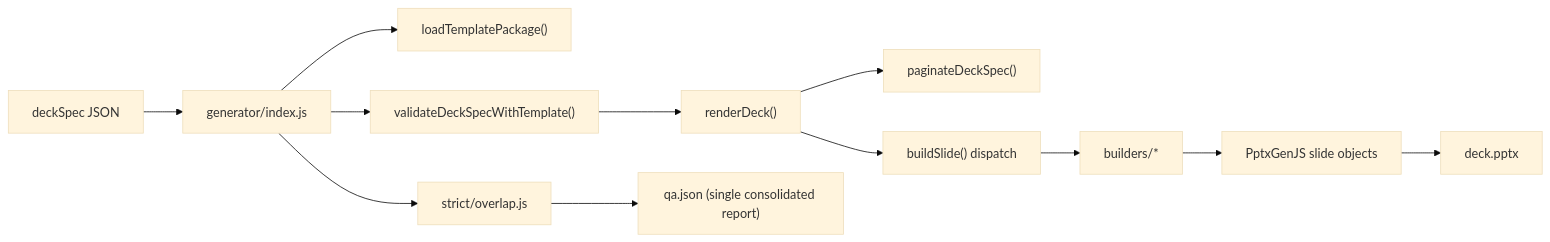
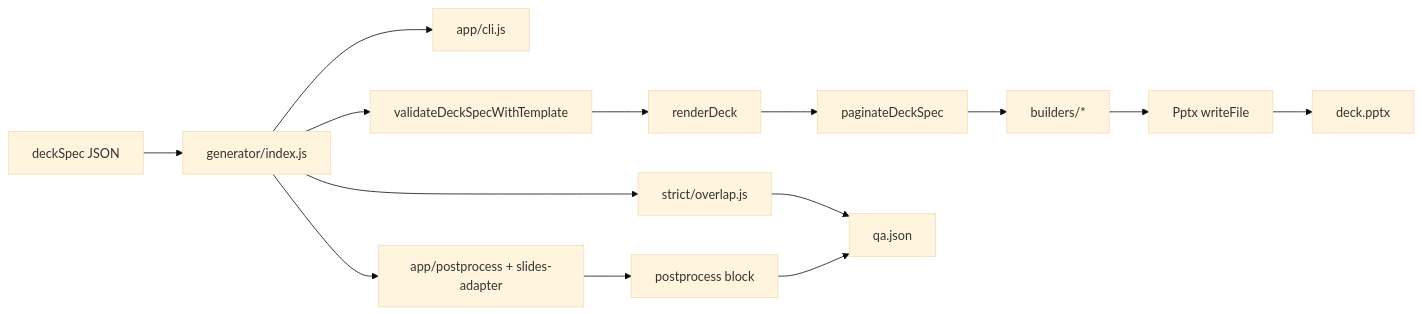
Before and after one commit to rishirsv/perks: the diagram in chatgpt/kpmg-slidegen/README.md, drawn with Mermaid (base theme). The commit also changed other lines of this file and 33 other files, not shown here.

Commit message:
Polish slide layouts and enforce forward-only deck contracts

````diff
--- a/chatgpt/kpmg-slidegen/README.md
+++ b/chatgpt/kpmg-slidegen/README.md
@@ -46,14 +116,16 @@
 ```mermaid
 flowchart LR
-    A["deckSpec JSON"] --> B["generator/index.js"]
-    B --> C["loadTemplatePackage()"]
-    B --> D["validateDeckSpecWithTemplate()"]
-    D --> E["renderDeck()"]
-    E --> F["paginateDeckSpec()"]
-    E --> G["buildSlide() dispatch"]
-    G --> H["builders/*"]
-    H --> I["PptxGenJS slide objects"]
-    I --> J["deck.pptx"]
-    B --> K["strict/overlap.js"]
-    K --> L["qa.json (single consolidated report)"]
+  IN[deckSpec JSON] --> CLI[generator/index.js]
+  CLI --> PARSE[app/cli.js]
+  CLI --> VAL[validateDeckSpecWithTemplate]
+  VAL --> REN[renderDeck]
+  REN --> PAG[paginateDeckSpec]
+  PAG --> BLD[builders/*]
+  BLD --> PPTX[Pptx writeFile]
+  CLI --> OVL[strict/overlap.js]
+  CLI --> PP[app/postprocess + slides-adapter]
+  PP --> QAEXT[postprocess block]
+  OVL --> QA[qa.json]
+  QAEXT --> QA
+  PPTX --> OUT[deck.pptx]
 ```
````
